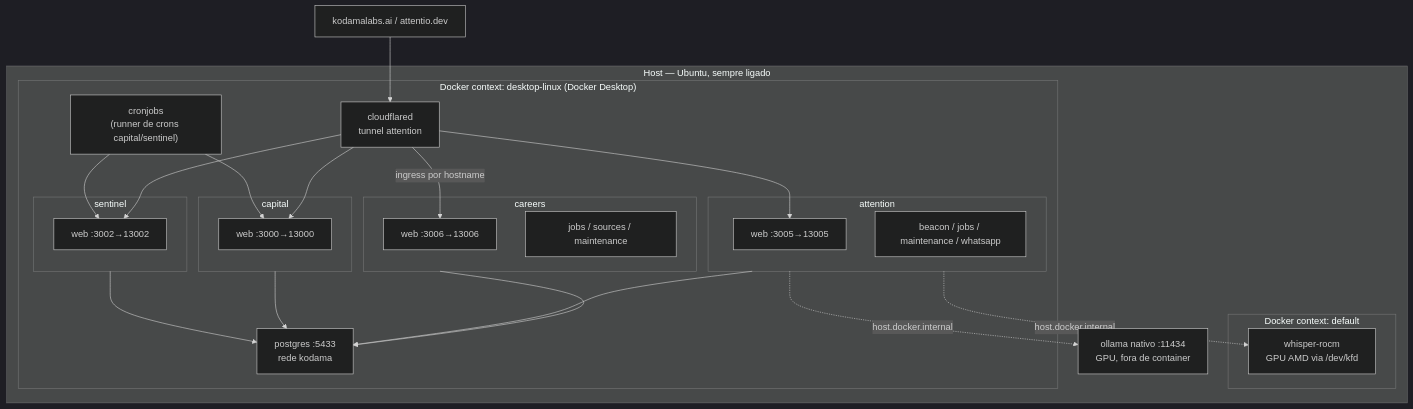
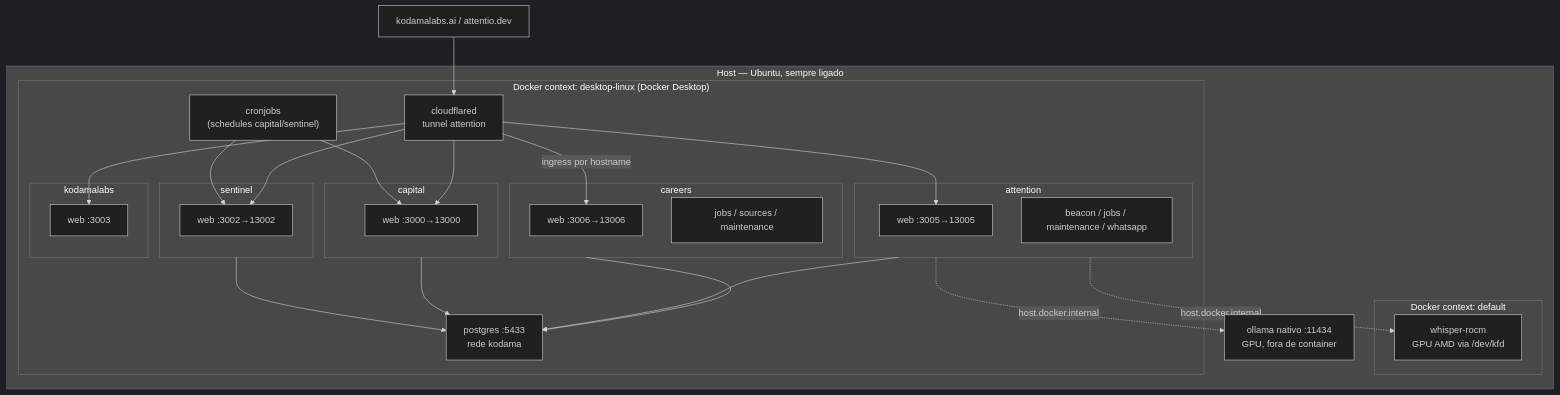
The diagram in apps/docs/content/docs/infrastructure/index.mdx (guilhermeKodama/kodama-labs), drawn with Mermaid (dark theme) before and after one commit. The commit also changed other lines of this file and 3 other files, not shown here.

First line of the commit message:
Point operator docs at home-server crons and kodamalabs.

````diff
--- a/apps/docs/content/docs/infrastructure/index.mdx
+++ b/apps/docs/content/docs/infrastructure/index.mdx
@@ -25,45 +25,49 @@
 ```mermaid
 flowchart TB
     subgraph Host["Host — Ubuntu, sempre ligado"]
         subgraph Default["Docker context: default"]
             Whisper["whisper-rocm\nGPU AMD via /dev/kfd"]
         end
 
         subgraph Desktop["Docker context: desktop-linux (Docker Desktop)"]
             PG["postgres :5433\nrede kodama"]
             Cloudflared["cloudflared\ntunnel attention"]
             subgraph Careers["careers"]
                 CW["web :3006→13006"]
                 CJ["jobs / sources / maintenance"]
             end
             subgraph Attention["attention"]
                 AW["web :3005→13005"]
                 AJ["beacon / jobs / maintenance / whatsapp"]
             end
             subgraph Capital["capital"]
                 CaW["web :3000→13000"]
             end
             subgraph Sentinel["sentinel"]
                 SW["web :3002→13002"]
             end
-            Cron["cronjobs\n(runner de crons capital/sentinel)"]
+            subgraph Kodamalabs["kodamalabs"]
+                KW["web :3003"]
+            end
+            Cron["cronjobs\n(schedules capital/sentinel)"]
         end
 
         Ollama["ollama nativo :11434\nGPU, fora de container"]
     end
 
     Cloudflared -->|ingress por hostname| CW
     Cloudflared --> AW
     Cloudflared --> CaW
     Cloudflared --> SW
+    Cloudflared --> KW
     Attention -.->|host.docker.internal| Ollama
     Attention -.->|host.docker.internal| Whisper
     Careers --> PG
     Attention --> PG
     Capital --> PG
     Sentinel --> PG
     Cron --> CaW
     Cron --> SW
 
     Internet["kodamalabs.ai / attentio.dev"] --> Cloudflared
 ```
````
